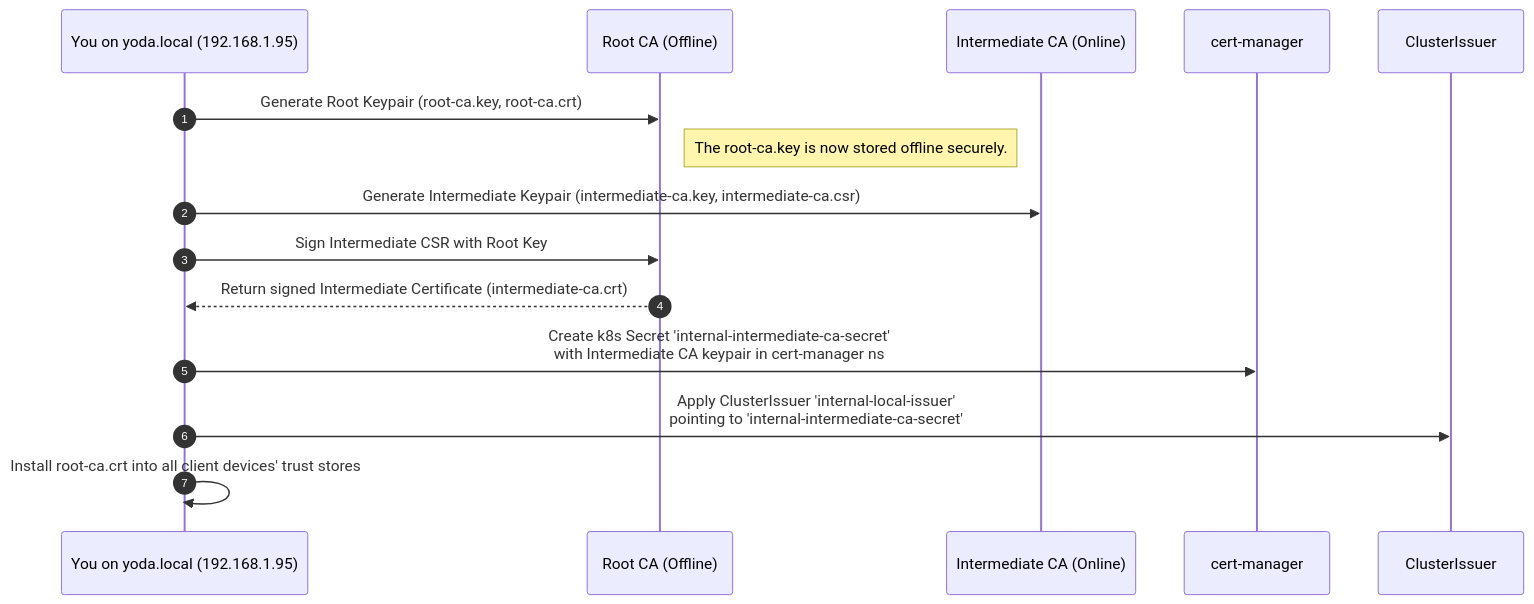
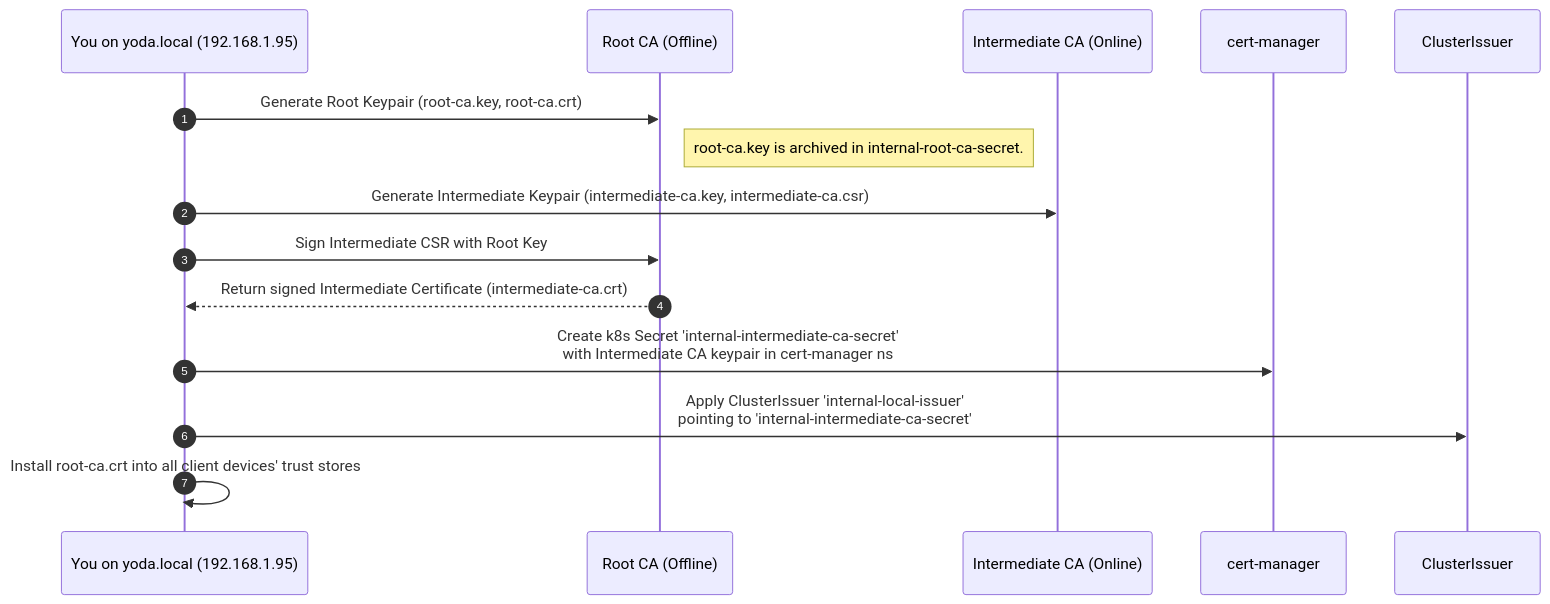
Before and after one commit to seadogger-tech/seadogger-homelab: the second of 8 diagrams in docs/wiki/08-Security-and-Certificates.md, drawn with Mermaid. The commit also changed other lines of this file and 21 other files, not shown here.

````diff
--- a/docs/wiki/08-Security-and-Certificates.md
+++ b/docs/wiki/08-Security-and-Certificates.md
@@ -80,20 +83,20 @@
 ```mermaid
 sequenceDiagram
     autonumber
     participant Admin as You on yoda.local (192.168.1.95)
     participant RootCA as Root CA (Offline)
     participant IntCA as Intermediate CA (Online)
     participant CM as cert-manager
     participant CI as ClusterIssuer
 
     Admin->>RootCA: Generate Root Keypair (root-ca.key, root-ca.crt)
-    Note right of RootCA: The root-ca.key is now stored offline securely.
+    Note right of RootCA: root-ca.key is archived in internal-root-ca-secret.
 
     Admin->>IntCA: Generate Intermediate Keypair (intermediate-ca.key, intermediate-ca.csr)
     Admin->>RootCA: Sign Intermediate CSR with Root Key
     RootCA-->>Admin: Return signed Intermediate Certificate (intermediate-ca.crt)
 
     Admin->>CM: Create k8s Secret 'internal-intermediate-ca-secret'<br>with Intermediate CA keypair in cert-manager ns
     Admin->>CI: Apply ClusterIssuer 'internal-local-issuer'<br>pointing to 'internal-intermediate-ca-secret'
     Admin->>Admin: Install root-ca.crt into all client devices' trust stores
 ```
````
